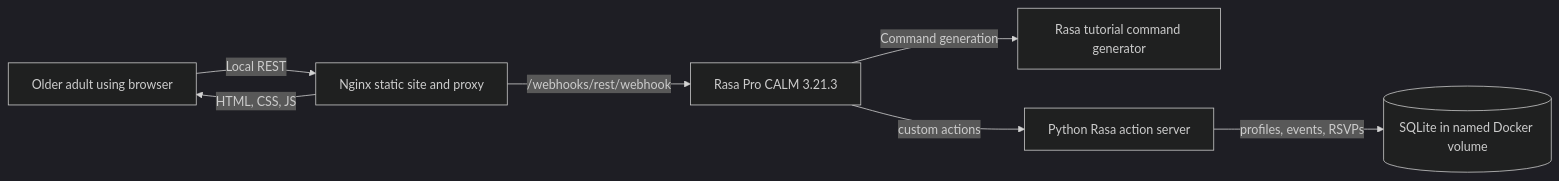
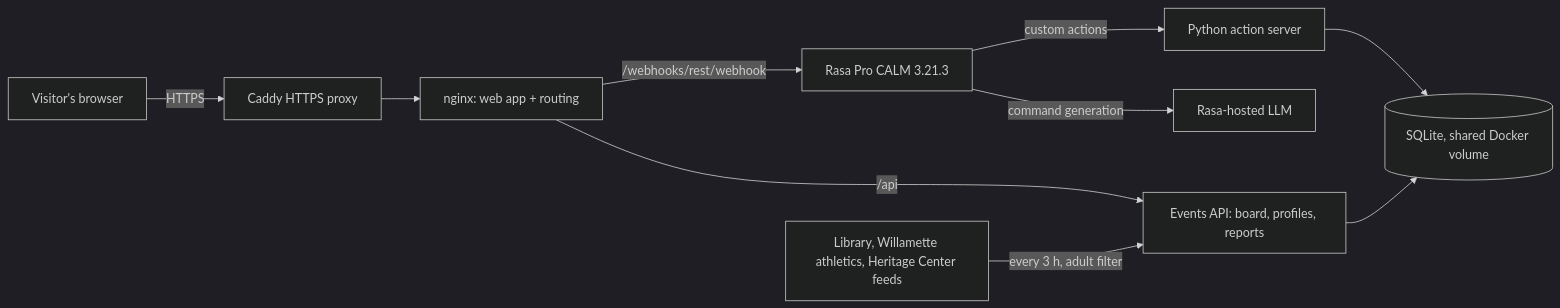
Before and after one commit to Sebdeisenhofer/Bloom: the first of 2 diagrams in docs/architecture.md, drawn with Mermaid (dark theme). The commit also changed other lines of this file and 7 other files, not shown here.

First line of the commit message:
Profiles, event search, add-to-calendar, compact chat, architecture diagram

````diff
--- a/docs/architecture.md
+++ b/docs/architecture.md
@@ -5,9 +7,12 @@
 ```mermaid
 flowchart LR
-    Person[Older adult using browser] -->|Local REST| Nginx[Nginx static site and proxy]
+    Person[Visitor's browser] -->|HTTPS| Caddy[Caddy HTTPS proxy]
+    Caddy --> Nginx[nginx: web app + routing]
     Nginx -->|/webhooks/rest/webhook| Rasa[Rasa Pro CALM 3.21.3]
-    Rasa -->|Command generation| LLM[Rasa tutorial command generator]
-    Rasa -->|custom actions| Actions[Python Rasa action server]
-    Actions -->|profiles, events, RSVPs| SQLite[(SQLite in named Docker volume)]
-    Nginx -->|HTML, CSS, JS| Person
+    Nginx -->|/api| EventsAPI[Events API: board, profiles, reports]
+    Rasa -->|command generation| LLM[Rasa-hosted LLM]
+    Rasa -->|custom actions| Actions[Python action server]
+    Actions --> SQLite[(SQLite, shared Docker volume)]
+    EventsAPI --> SQLite
+    Feeds[Library, Willamette athletics, Heritage Center feeds] -->|every 3 h, adult filter| EventsAPI
 ```
````
